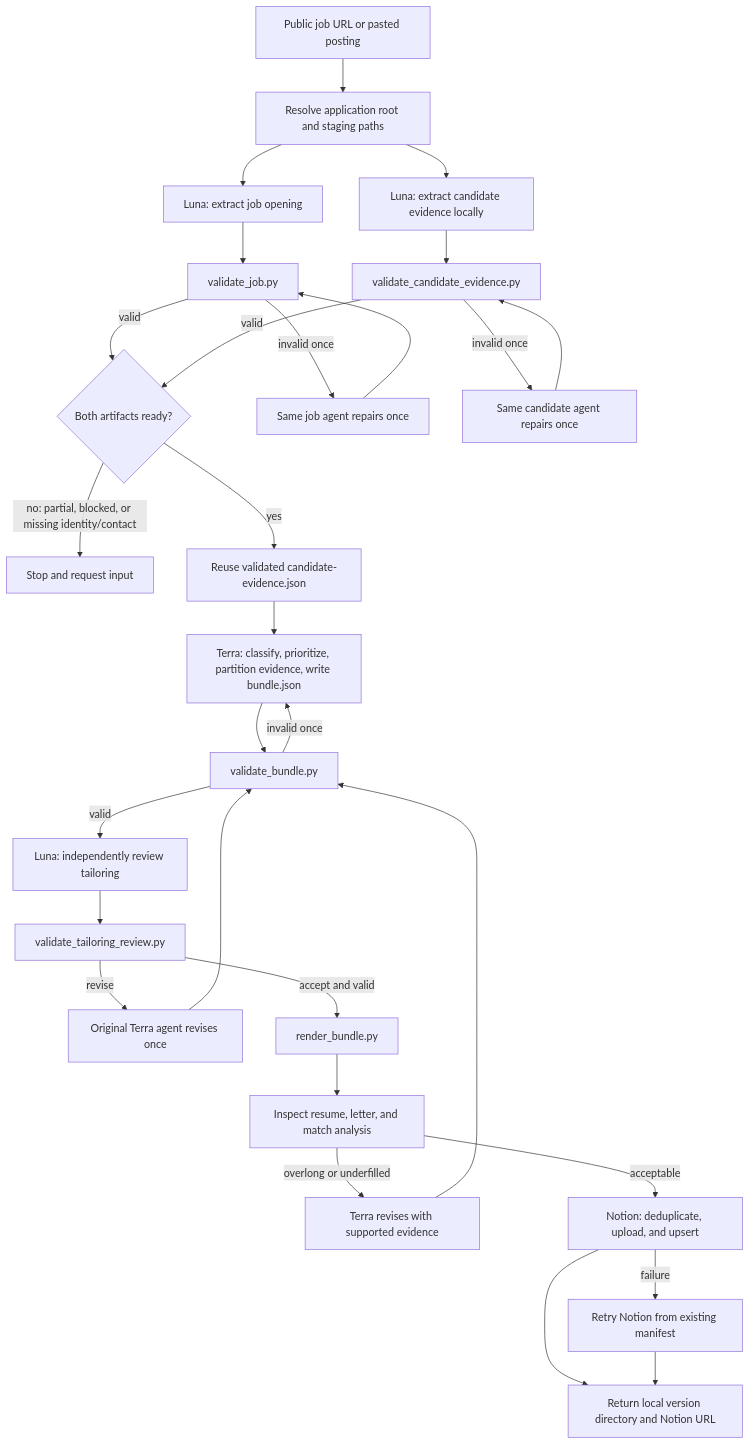
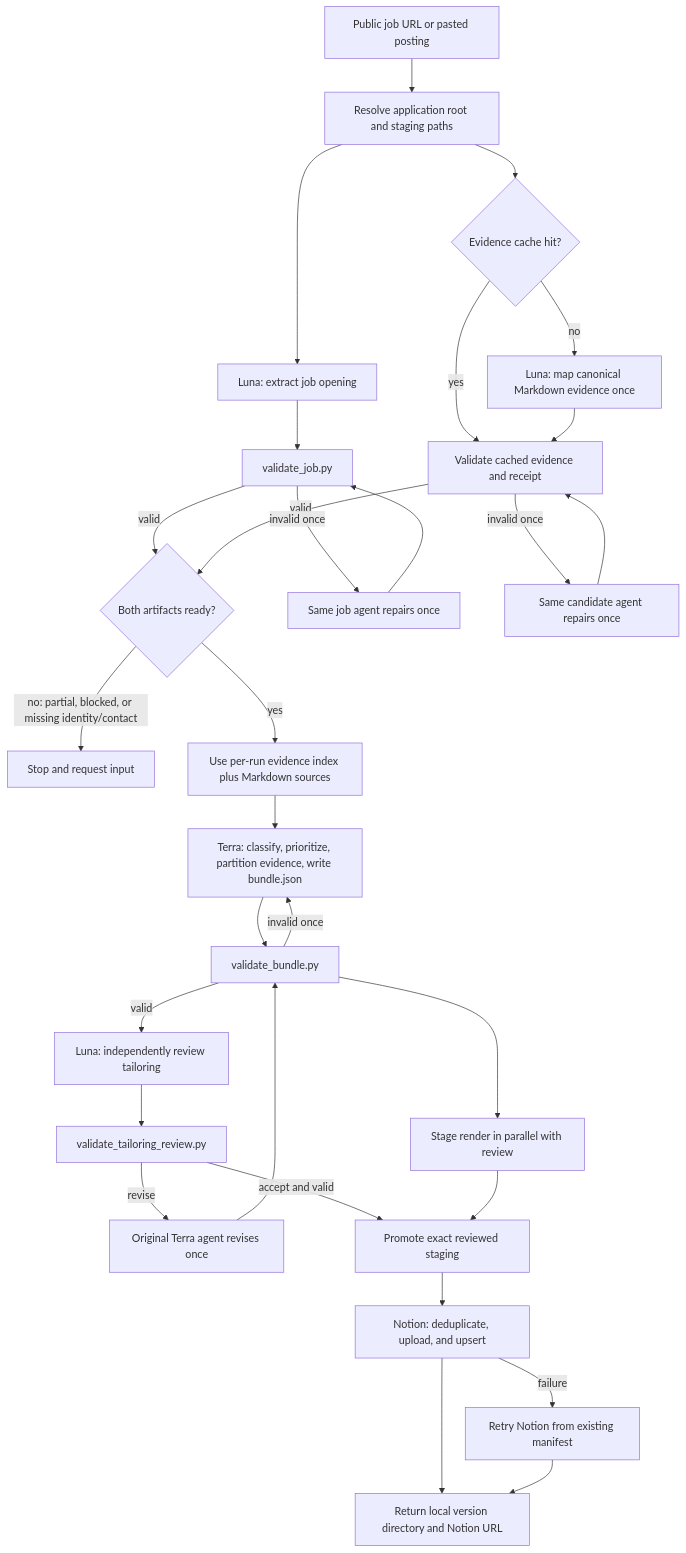
One commit to DDFaller/job-application-agents changed the diagram in docs/job-application-workflow.md. Above: the diagram before and after it, drawn with Mermaid. The commit also changed other lines of this file and 30 other files, not shown here.

````diff
--- a/docs/job-application-workflow.md
+++ b/docs/job-application-workflow.md
@@ -16,31 +31,32 @@
 ```mermaid
 flowchart TD
     A[Public job URL or pasted posting] --> B[Resolve application root and staging paths]
     B --> C1[Luna: extract job opening]
-    B --> C2[Luna: extract candidate evidence locally]
+    B --> C2{Evidence cache hit?}
+    C2 -->|no| C3[Luna: map canonical Markdown evidence once]
+    C2 -->|yes| D2[Validate cached evidence and receipt]
+    C3 --> D2
     C1 --> D1[validate_job.py]
-    C2 --> D2[validate_candidate_evidence.py]
     D1 -->|valid| E{Both artifacts ready?}
     D2 -->|valid| E
     D1 -->|invalid once| R1[Same job agent repairs once]
     D2 -->|invalid once| R2[Same candidate agent repairs once]
     R1 --> D1
     R2 --> D2
     E -->|no: partial, blocked, or missing identity/contact| X[Stop and request input]
-    E -->|yes| F[Reuse validated candidate-evidence.json]
+    E -->|yes| F[Use per-run evidence index plus Markdown sources]
     F --> G[Terra: classify, prioritize, partition evidence, write bundle.json]
     G --> H[validate_bundle.py]
     H -->|invalid once| G
     H -->|valid| I[Luna: independently review tailoring]
     I --> J[validate_tailoring_review.py]
+    H --> L[Stage render in parallel with review]
     J -->|revise| K[Original Terra agent revises once]
     K --> H
-    J -->|accept and valid| L[render_bundle.py]
-    L --> M[Inspect resume, letter, and match analysis]
-    M -->|overlong or underfilled| N[Terra revises with supported evidence]
-    N --> H
-    M -->|acceptable| O[Notion: deduplicate, upload, and upsert]
+    J -->|accept and valid| M[Promote exact reviewed staging]
+    L --> M
+    M --> O[Notion: deduplicate, upload, and upsert]
     O --> P[Return local version directory and Notion URL]
     O -->|failure| Q[Retry Notion from existing manifest]
     Q --> P
 ```
````
